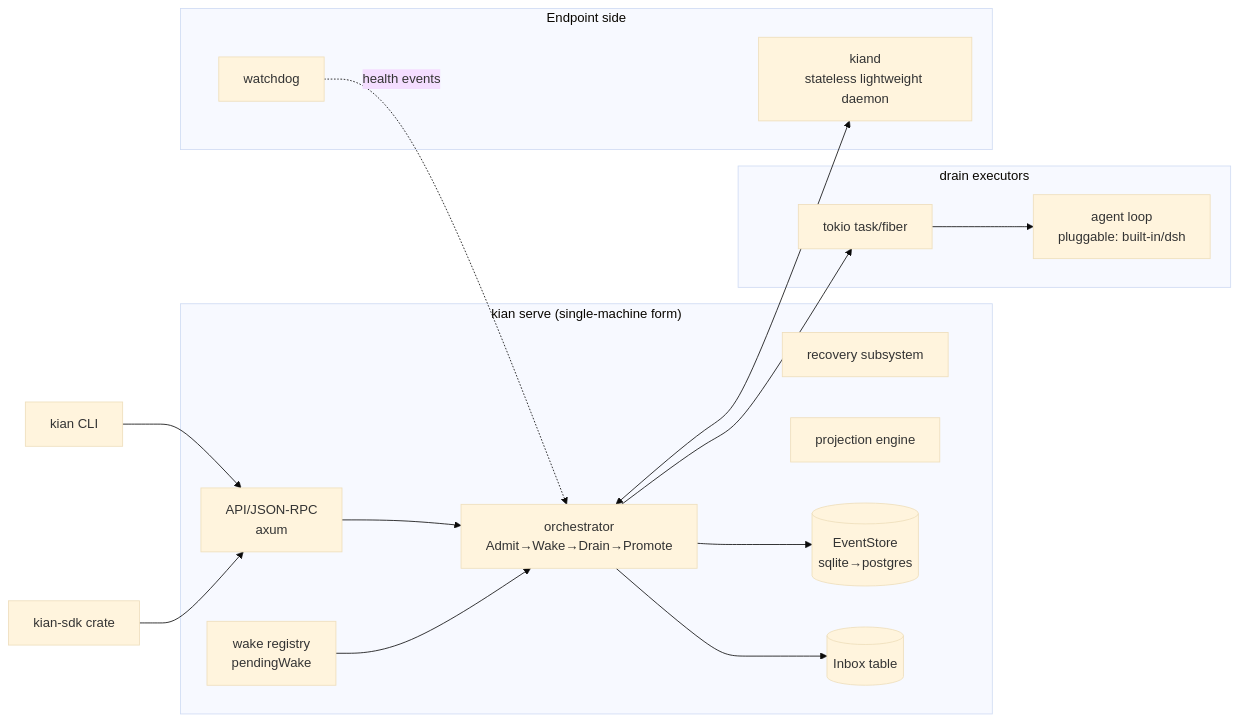
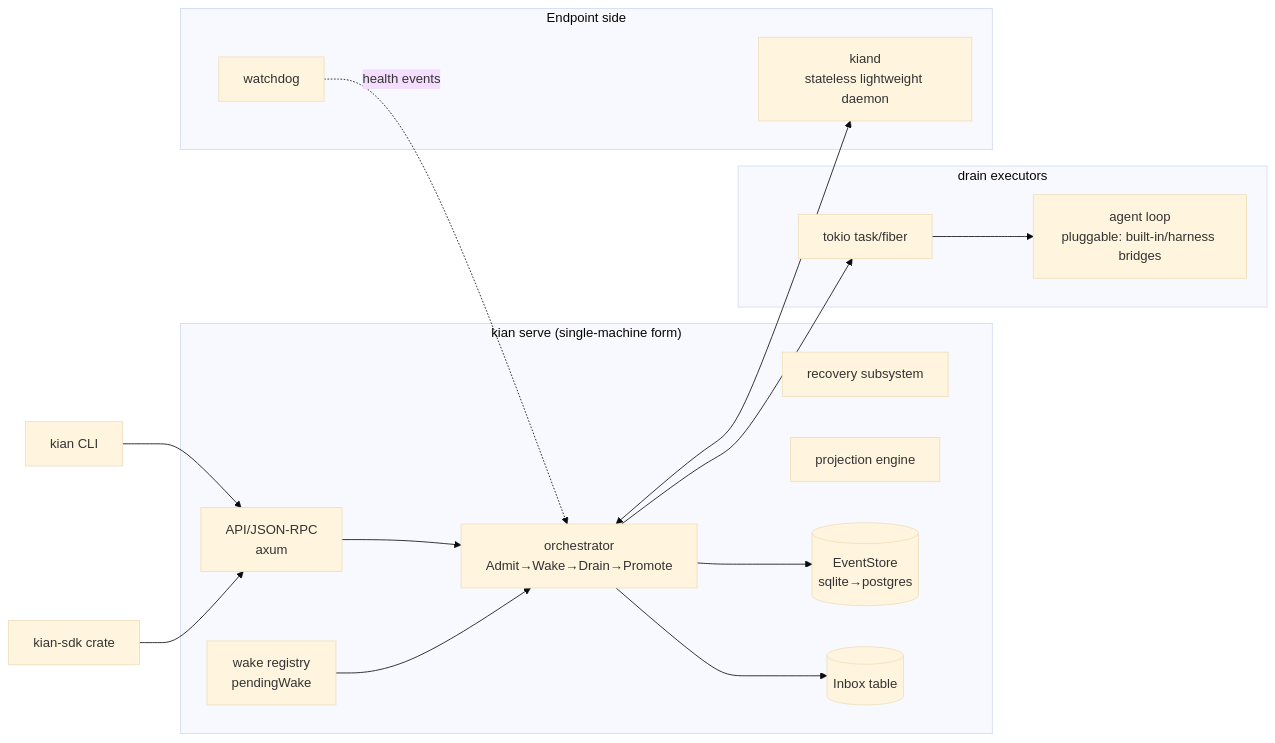
The second of 9 diagrams in design/DESIGN.md (flyer103/kian), drawn with Mermaid (base theme) before and after one commit. The commit also changed other lines of this file and 46 other files, not shown here.

First line of the commit message:
feat(harness): Claude Code and Codex bridges behind the shared bridge skeleton

````diff
--- a/design/DESIGN.md
+++ b/design/DESIGN.md
@@ -80,28 +80,28 @@
 ```mermaid
 graph LR
  subgraph kian-server["kian serve (single-machine form)"]
  API[API/JSON-RPC<br/>axum]
  ORCH[orchestrator<br/>Admit→Wake→Drain→Promote]
  REC[recovery subsystem]
  PROJ[projection engine]
  ES[(EventStore<br/>sqlite→postgres)]
  INBOX[(Inbox table)]
  WAKE[wake registry<br/>pendingWake]
  end
  CLI[kian CLI] --> API
  SDK[kian-sdk crate] --> API
  subgraph workers["drain executors"]
  FIBER[tokio task/fiber]
- LOOP[agent loop<br/>pluggable: built-in/dsh]
+ LOOP[agent loop<br/>pluggable: built-in/harness bridges]
  end
  API --> ORCH --> FIBER --> LOOP
  ORCH --> ES
  ORCH --> INBOX
  WAKE --> ORCH
  subgraph endpoints["Endpoint side"]
  KD[kiand<br/>stateless lightweight daemon]
  WD[watchdog]
  end
  ORCH <--> KD
  WD -.->|health events| ORCH
 ```
````
